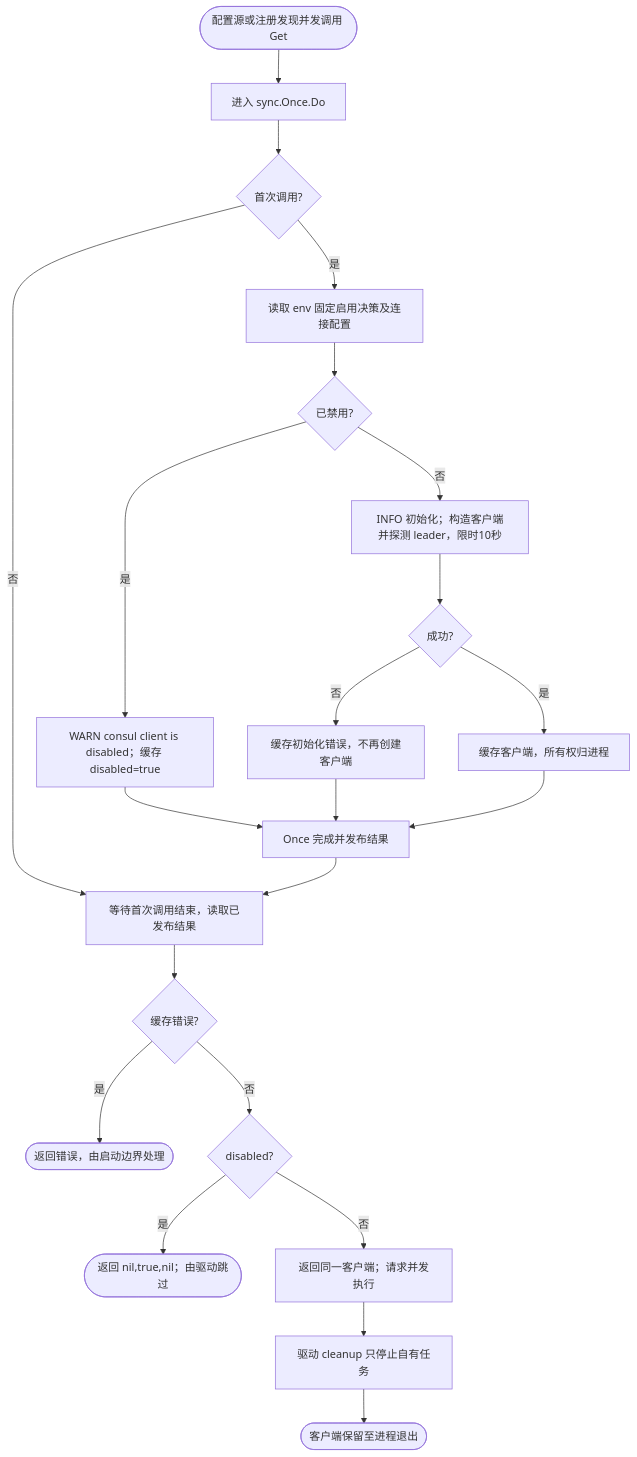
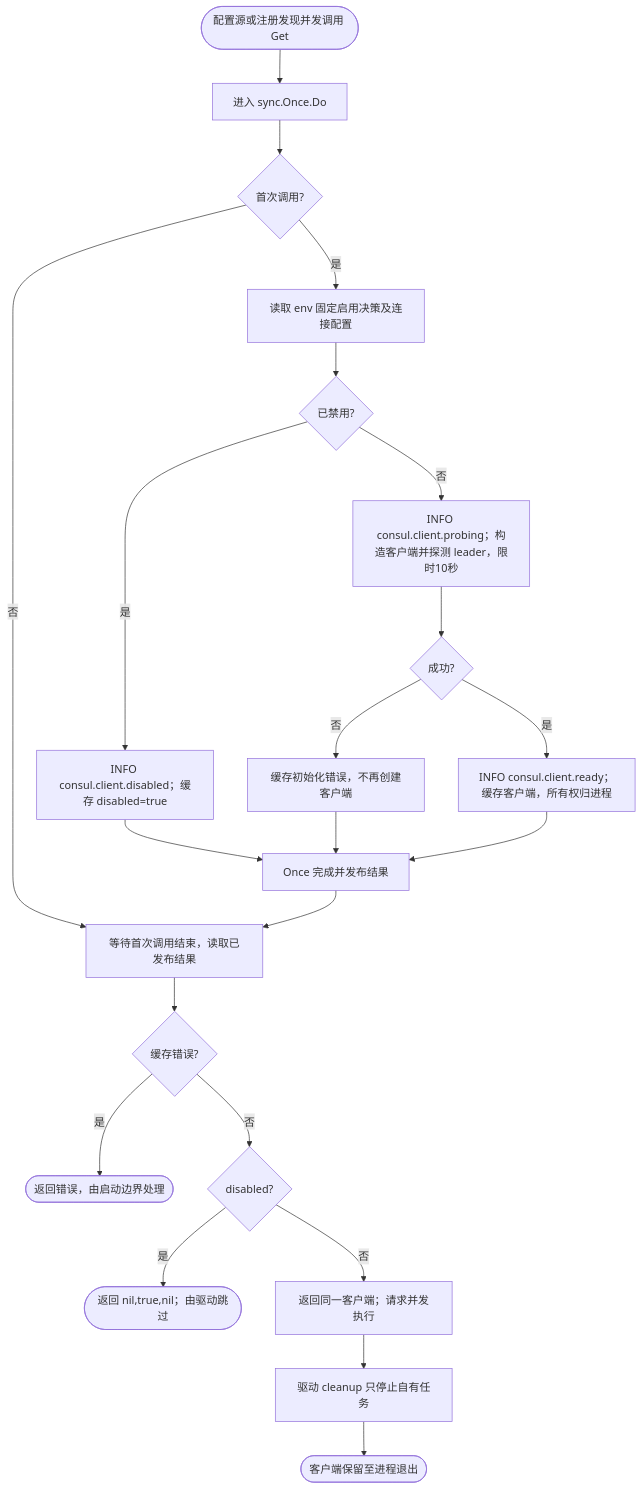
The diagram in internal/consul/README.md (jaggerzhuang1994/kratos-foundation), drawn with Mermaid before and after one commit. The commit also changed other lines of this file and 204 other files, not shown here.

````diff
--- a/internal/consul/README.md
+++ b/internal/consul/README.md
@@ -11,24 +11,24 @@
 ```mermaid
 flowchart TD
  A([配置源或注册发现并发调用 Get]) --> B[进入 sync.Once.Do]
  B --> C{首次调用?}
  C -- 否 --> D[等待首次调用结束，读取已发布结果]
  C -- 是 --> E[读取 env 固定启用决策及连接配置]
  E --> F{已禁用?}
- F -- 是 --> G[WARN consul client is disabled；缓存 disabled=true]
- F -- 否 --> H[INFO 初始化；构造客户端并探测 leader，限时10秒]
+ F -- 是 --> G[INFO consul.client.disabled；缓存 disabled=true]
+ F -- 否 --> H[INFO consul.client.probing；构造客户端并探测 leader，限时10秒]
  H --> I{成功?}
  I -- 否 --> J[缓存初始化错误，不再创建客户端]
- I -- 是 --> K[缓存客户端，所有权归进程]
+ I -- 是 --> K[INFO consul.client.ready；缓存客户端，所有权归进程]
  G --> L[Once 完成并发布结果]
  J --> L
  K --> L
  L --> D
  D --> M{缓存错误?}
  M -- 是 --> N([返回错误，由启动边界处理])
  M -- 否 --> Z{disabled?}
  Z -- 是 --> V([返回 nil,true,nil；由驱动跳过])
  Z -- 否 --> O[返回同一客户端；请求并发执行]
  O --> P[驱动 cleanup 只停止自有任务]
  P --> Q([客户端保留至进程退出])
 ```
````
